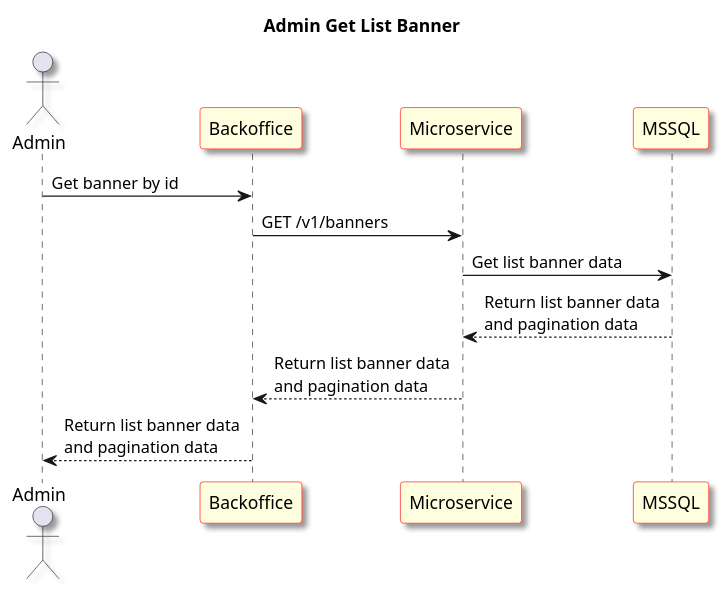
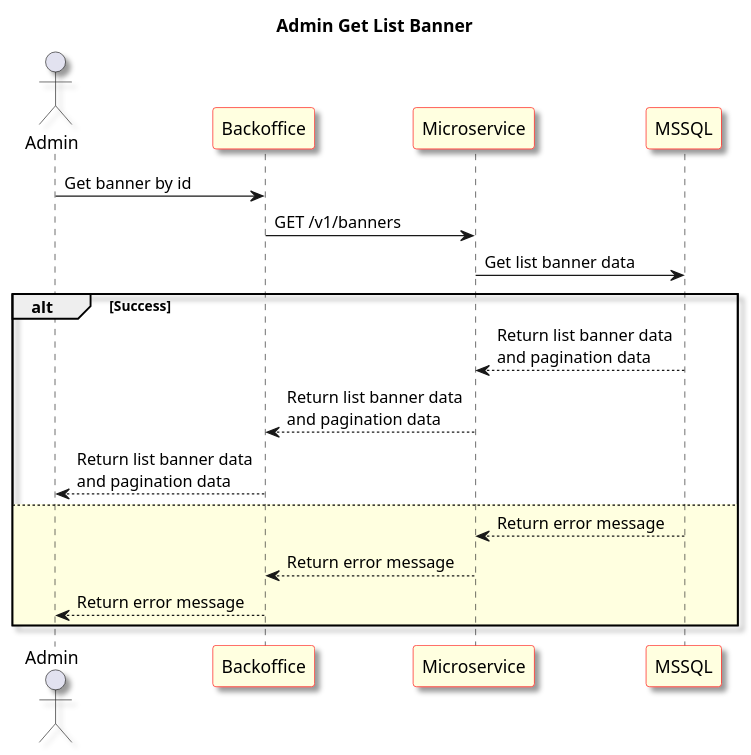
One commit to aofiee/Job1-Diagram changed the diagram in Sequence-Diagram/15. FrontendGetListBanner.wsd. Above: the diagram before and after it, drawn with PlantUML. The commit also changed 56 other files, not shown here.

```diff
--- a/Sequence-Diagram/15. FrontendGetListBanner.wsd
+++ b/Sequence-Diagram/15. FrontendGetListBanner.wsd
@@ -1,26 +1,37 @@
 @startuml Admin Get List Banner
 skinparam shadowing true
 skinparam sequence {
 	ParticipantBackgroundColor LightYellow
 	ParticipantBorderColor red
 }
 Title: Admin Get List Banner
 actor "Admin" as User1
 participant "Backoffice" as Frontend
 participant "Microservice" as Microservice
 participant "MSSQL" as Database
 
 User1 -> Frontend: Get banner by id
 
 Frontend -> Microservice: GET /v1/banners
 
 Microservice -> Database: Get list banner data
 
+alt Success
+
 Database --> Microservice: Return list banner data \nand pagination data
 
 Microservice --> Frontend: Return list banner data \nand pagination data
 
 Frontend --> User1: Return list banner data \nand pagination data
 
+else #LightYellow
+
+Database --> Microservice: Return error message
+
+Microservice --> Frontend: Return error message
+
+Frontend --> User1: Return error message
+
+end
 
 @enduml
```
